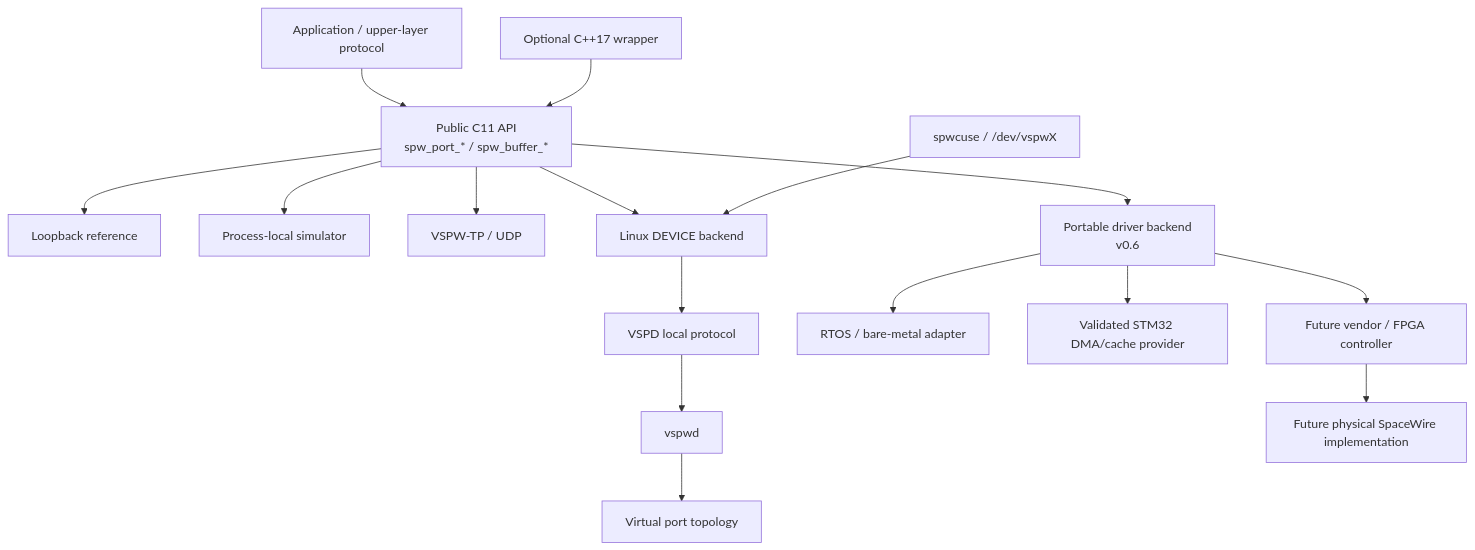
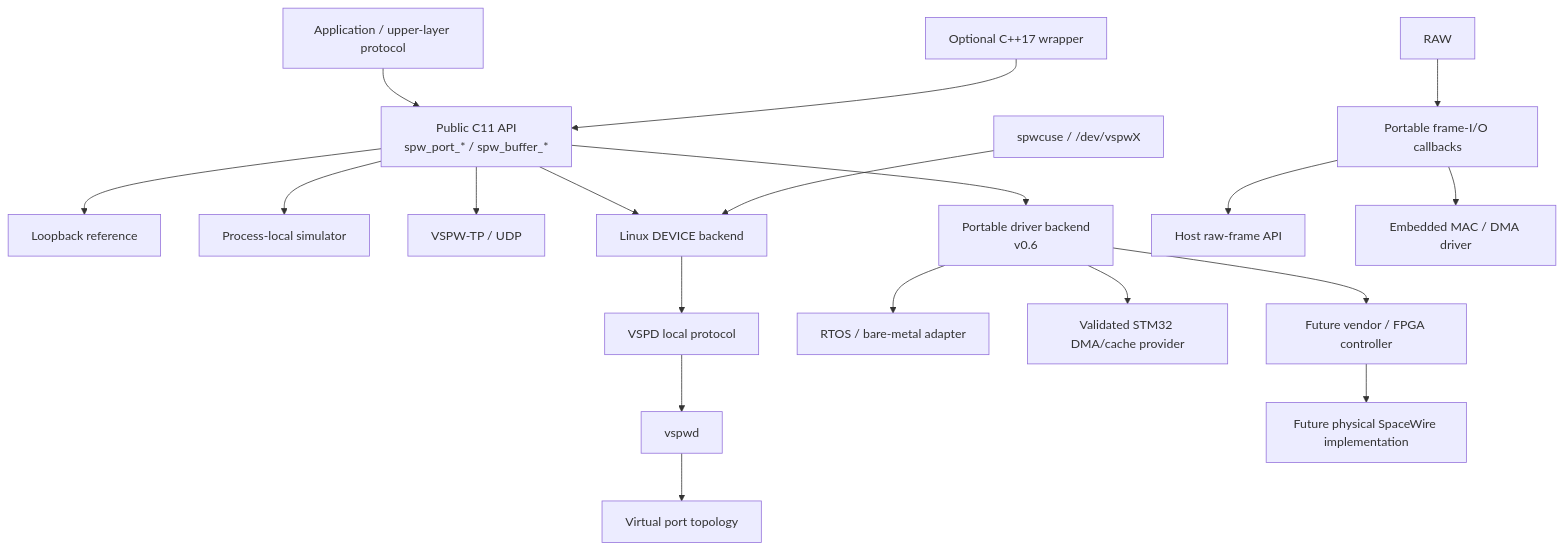
One commit to ExoSpaceLabs/spwkit changed the first of 9 diagrams in docs/architecture.md. Above: the diagram before and after it, drawn with Mermaid. The commit also changed other lines of this file, not shown here.

Commit message:
docs(spwkit): reconcile post-transport architecture

````diff
--- a/docs/architecture.md
+++ b/docs/architecture.md
@@ -7,21 +7,25 @@
 ```mermaid
 flowchart TB
     APP[Application / upper-layer protocol] --> API[Public C11 API<br/>spw_port_* / spw_buffer_*]
     CPP[Optional C++17 wrapper] --> API
 
     API --> LOOP[Loopback reference]
     API --> SIM[Process-local simulator]
     API --> UDP[VSPW-TP / UDP]
     API --> DEVICE[Linux DEVICE backend]
     API --> DRIVER[Portable driver backend<br/>v0.6]
 
     DEVICE --> VSPD[VSPD local protocol]
     VSPD --> VSPWD[vspwd]
     VSPWD --> VP[Virtual port topology]
     CUSE[spwcuse / /dev/vspwX] --> DEVICE
 
+    RAW --> FRAMEIO[Portable frame-I/O callbacks]
+    FRAMEIO --> HOSTRAW[Host raw-frame API]
+    FRAMEIO --> MAC[Embedded MAC / DMA driver]
+
     DRIVER --> RTOS[RTOS / bare-metal adapter]
     DRIVER --> MCU[Validated STM32 DMA/cache provider]
     DRIVER --> HW[Future vendor / FPGA controller]
     HW --> PHY[Future physical SpaceWire implementation]
 ```
````
